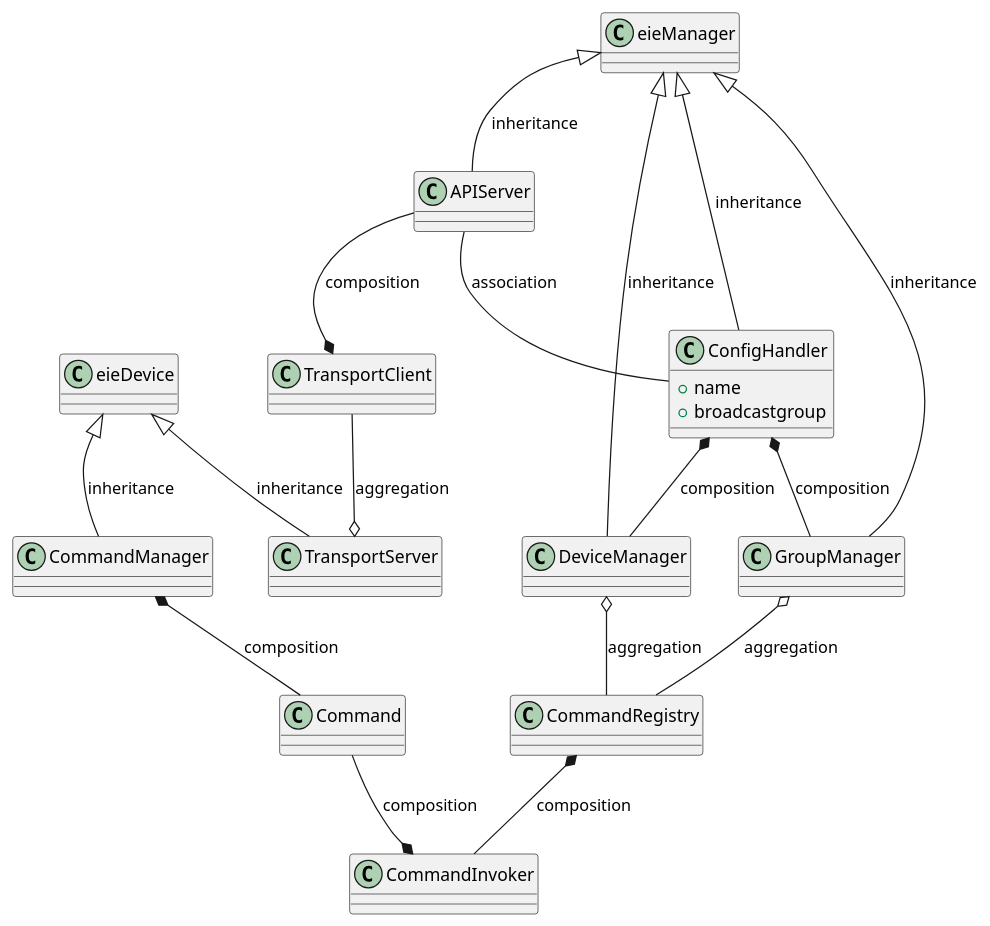
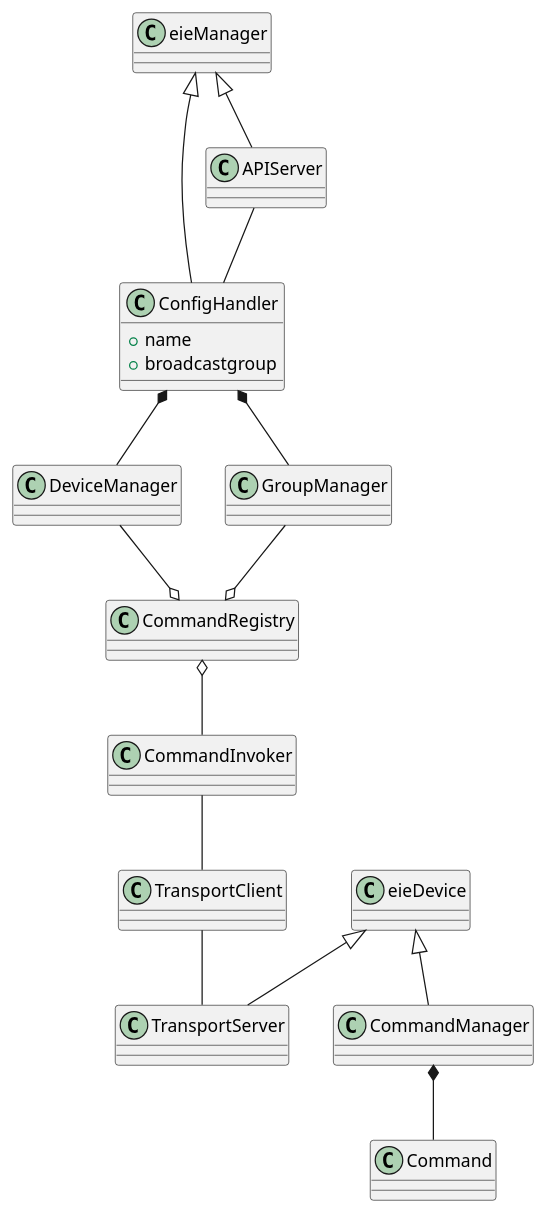
One commit to oscarfc164/ie0417-dev changed the first of 2 diagrams in docs/source/labs/lab1/lab1.rst. Above: the diagram before and after it, drawn with PlantUML. The commit also changed other lines of this file, not shown here.

Commit message:
Improved ADD: Oscar Improved UML diagrams: Oscar

```diff
--- a/docs/source/labs/lab1/lab1.rst
+++ b/docs/source/labs/lab1/lab1.rst
@@ -234,45 +299,35 @@
 .. uml::
+    @startuml
+        class eieManager
+        class eieDevice
+        class ConfigHandler{
+            + name
+            + broadcastgroup
+        }
+        class APIServer 
+        class DeviceManager
+        class GroupManager
+        class CommandInvoker
+        class TransportClient
+        class TransportServer
+        class CommandManager
+        class Command
+        class CommandRegistry
 
-    @startuml
+        eieManager <|-down- APIServer
+        eieManager <|-down- ConfigHandler
+        APIServer -- ConfigHandler
+        ConfigHandler *-- GroupManager
+        ConfigHandler *-- DeviceManager
+        GroupManager --o CommandRegistry
+        DeviceManager --o CommandRegistry
+        CommandRegistry o-- CommandInvoker
+        CommandInvoker -- TransportClient
 
-    class eieManager
-    class eieDevice
-    class ConfigHandler{
-        + name
-        + broadcastgroup
-    }
-    class APIServer 
-    class DeviceManager
-    class GroupManager
-    class CommandInvoker
-    class TransportClient
-    class TransportServer
-    class CommandManager
-    class Command
-    class CommandRegistry
-
-    eieManager <|-- DeviceManager:inheritance
-    eieManager <|-- ConfigHandler:inheritance
-    eieManager <|-- GroupManager:inheritance
-    eieManager <|-- APIServer:inheritance
-    ConfigHandler *-- DeviceManager:composition
-    ConfigHandler *-- GroupManager:composition
-    DeviceManager o-- CommandRegistry:aggregation
-    GroupManager o-- CommandRegistry:aggregation
-    CommandRegistry *-- CommandInvoker: composition
-    APIServer -- ConfigHandler:association
-    APIServer --* TransportClient:composition
+        eieDevice <|-down- CommandManager
+        eieDevice <|-down- TransportServer
+        CommandManager *-- Command
 
 
-
-
-    eieDevice <|-- TransportServer:inheritance
-    eieDevice <|-- CommandManager:inheritance
-    CommandManager *-- Command:composition
-    Command --* CommandInvoker:composition
-    TransportClient --o TransportServer:aggregation
-    
-
-
-
+    TransportClient -- TransportServer
     @enduml
```
